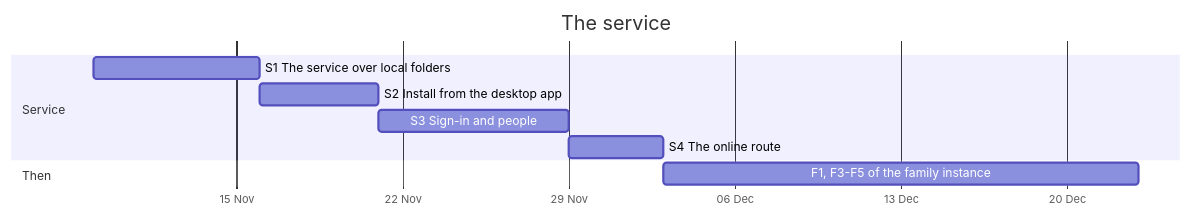
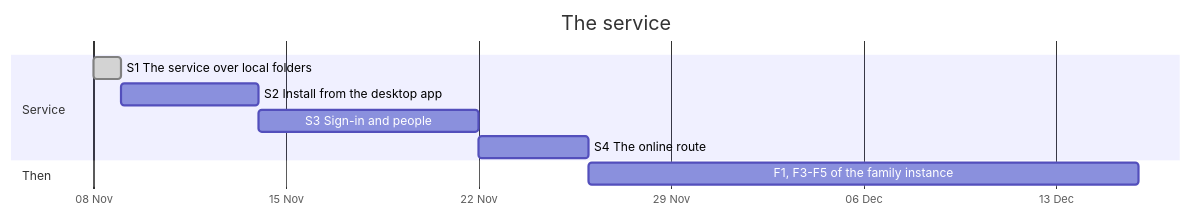
The diagram in ROADMAP/2026-11-08/service.md (jgermade/jackbird), drawn with Mermaid before and after one commit. The commit also changed other lines of this file and 1 other file, not shown here.

Commit message:
docs(record): S1 done, CI passes on macOS, Windows and Linux; the roadmap
Claude-Session: https://claude.ai/code/session_01MzSwwVNBK98EGxbSF1exh9

````diff
--- a/ROADMAP/2026-11-08/service.md
+++ b/ROADMAP/2026-11-08/service.md
@@ -15,13 +15,13 @@
 ```mermaid
 gantt
   title The service
   dateFormat YYYY-MM-DD
   axisFormat %d %b
   section Service
-    S1 The service over local folders              :s1, 2026-11-09, 7d
+    S1 The service over local folders              :done, s1, 2026-11-08, 1d
     S2 Install from the desktop app                :s2, after s1, 5d
     S3 Sign-in and people                          :s3, after s2, 8d
     S4 The online route                            :s4, after s3, 4d
   section Then
     F1, F3-F5 of the family instance               :f, after s4, 20d
 ```
````
